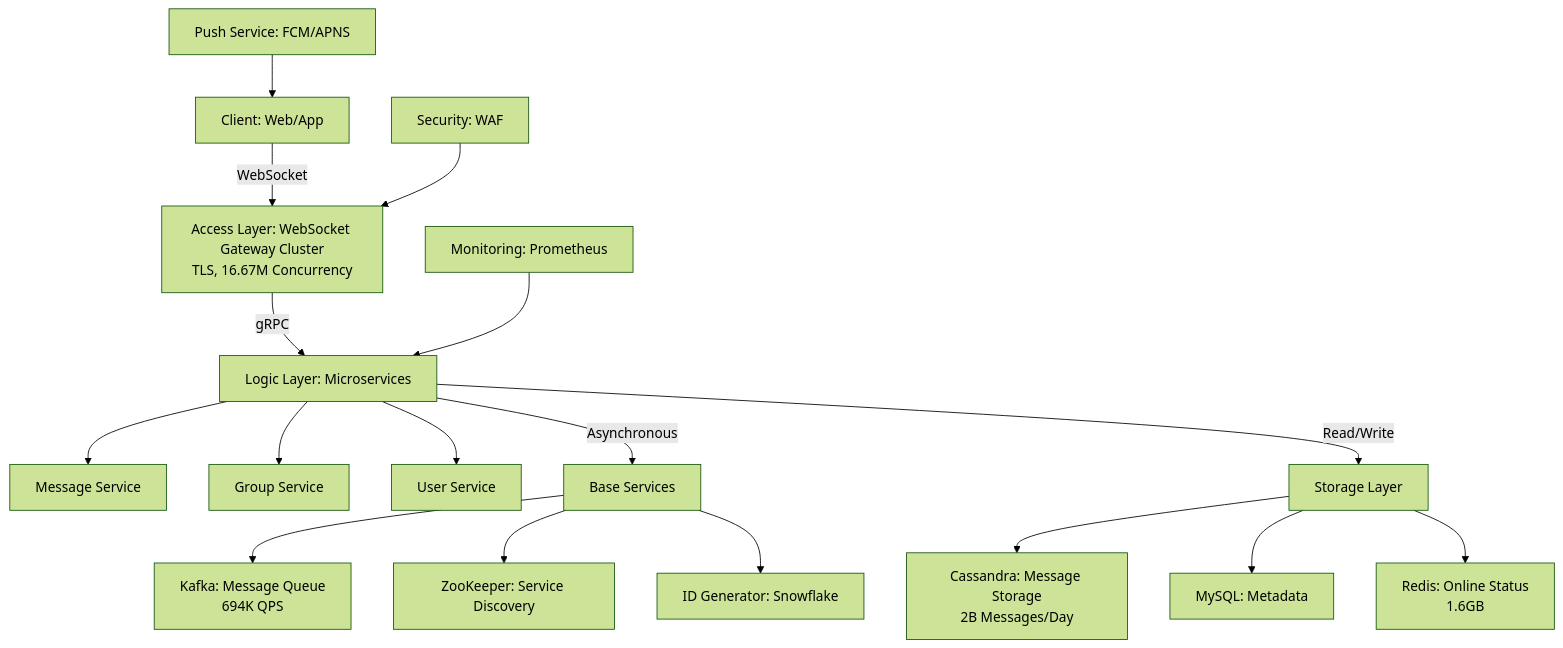
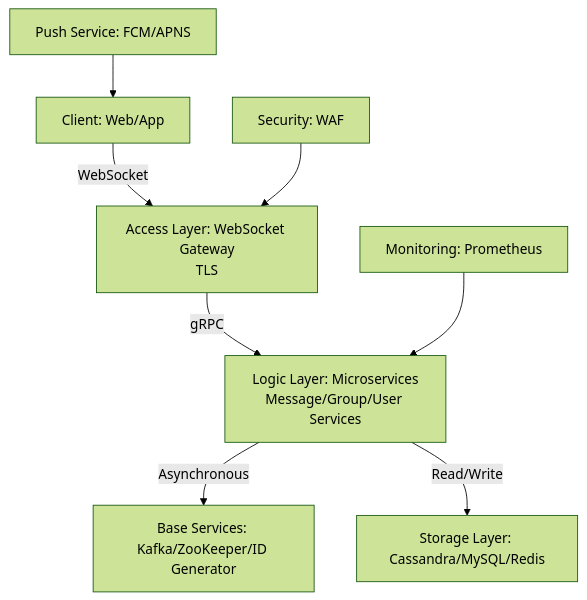
One commit to zhengstar94/zhengstar94.github.io changed the first of 4 diagrams in _projects/4_projectDesignChat.md. Above: the diagram before and after it, drawn with Mermaid (forest theme). The commit also changed other lines of this file, not shown here.

````diff
--- a/_projects/4_projectDesignChat.md
+++ b/_projects/4_projectDesignChat.md
@@ -200,19 +208,10 @@
 ```mermaid
 graph TD
-    A[Client: Web/App] -->|WebSocket| B[Access Layer: WebSocket Gateway Cluster<br>TLS, 16.67M Concurrency]
-    B -->|gRPC| C[Logic Layer: Microservices]
-    C --> D[Message Service]
-    C --> E[Group Service]
-    C --> F[User Service]
-    C -->|Asynchronous| G[Base Services]
-    G --> H[Kafka: Message Queue<br>694K QPS]
-    G --> I[ZooKeeper: Service Discovery]
-    G --> J[ID Generator: Snowflake]
-    C -->|Read/Write| K[Storage Layer]
-    K --> L[Cassandra: Message Storage<br>2B Messages/Day]
-    K --> M[MySQL: Metadata]
-    K --> N[Redis: Online Status<br>1.6GB]
-    O[Monitoring: Prometheus] --> C
-    P[Security: WAF] --> B
-    Q[Push Service: FCM/APNS] --> A
+    A[Client: Web/App] -->|WebSocket| B[Access Layer: WebSocket Gateway<br>TLS]
+    B -->|gRPC| C[Logic Layer: Microservices<br>Message/Group/User Services]
+    C -->|Asynchronous| D[Base Services: Kafka/ZooKeeper/ID Generator]
+    C -->|Read/Write| E[Storage Layer: Cassandra/MySQL/Redis]
+    F[Monitoring: Prometheus] --> C
+    G[Security: WAF] --> B
+    H[Push Service: FCM/APNS] --> A
 ```
````
